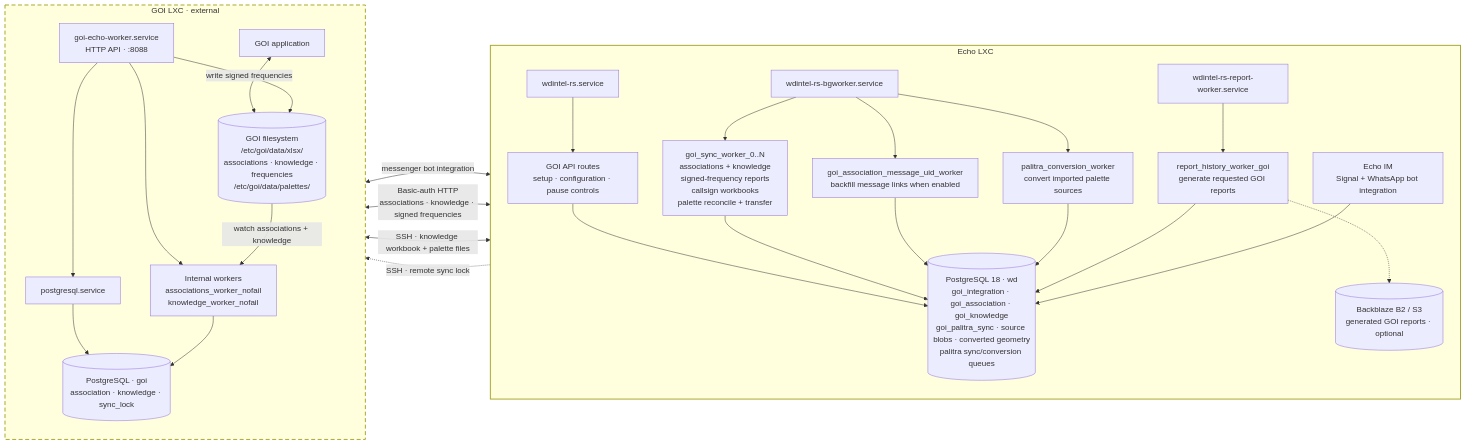
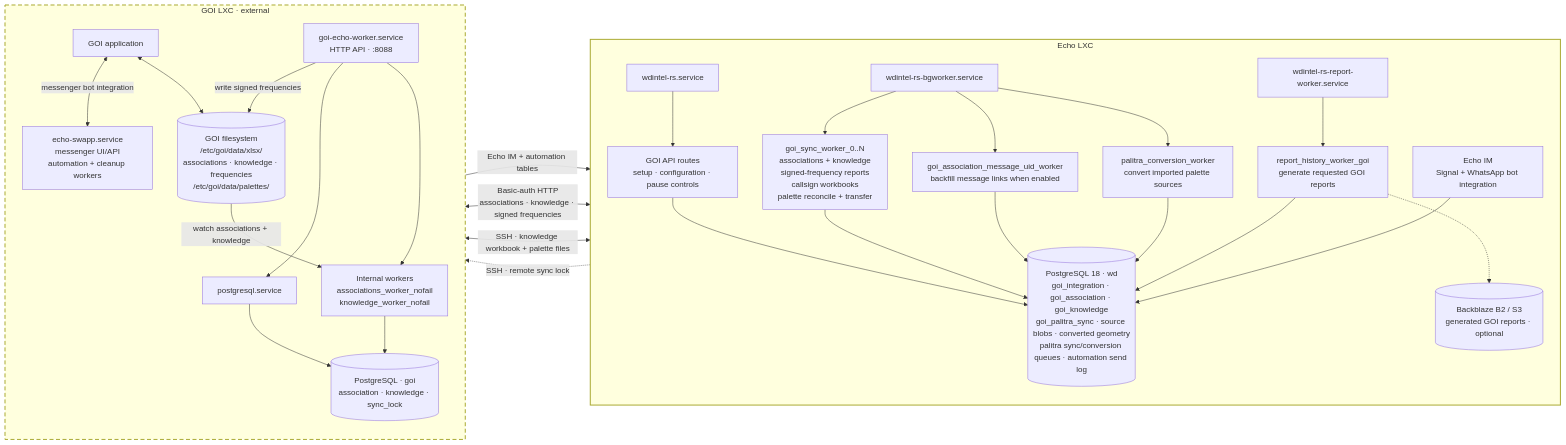
The fourth of 5 diagrams in docs/README.md (murczyk/echo), drawn with Mermaid before and after one commit. The commit also changed other lines of this file and 5 other files, not shown here.

````diff
--- a/docs/README.md
+++ b/docs/README.md
@@ -255,59 +255,61 @@
 ```mermaid
 flowchart LR
     subgraph echo_lxc["Echo LXC"]
         direction TB
         api["wdintel-rs.service"]
         bg["wdintel-rs-bgworker.service"]
         reports["wdintel-rs-report-worker.service"]
 
         routes["GOI API routes<br/>setup · configuration · pause controls"]
         sync["goi_sync_worker_0..N<br/>associations + knowledge<br/>signed-frequency reports<br/>callsign workbooks<br/>palette reconcile + transfer"]
         message_uid["goi_association_message_uid_worker<br/>backfill message links when enabled"]
         conversion["palitra_conversion_worker<br/>convert imported palette sources"]
         report["report_history_worker_goi<br/>generate requested GOI reports"]
         echo_im["Echo IM<br/>Signal + WhatsApp bot integration"]
 
-        echo_pg[("PostgreSQL 18 · wd<br/>goi_integration · goi_association · goi_knowledge<br/>goi_palitra_sync · source blobs · converted geometry<br/>palitra sync/conversion queues")]
+        echo_pg[("PostgreSQL 18 · wd<br/>goi_integration · goi_association · goi_knowledge<br/>goi_palitra_sync · source blobs · converted geometry<br/>palitra sync/conversion queues · automation send log")]
         report_store[("Backblaze B2 / S3<br/>generated GOI reports · optional")]
 
         api --> routes
         bg --> sync
         bg --> message_uid
         bg --> conversion
         reports --> report
 
         routes --> echo_pg
         sync --> echo_pg
         message_uid --> echo_pg
         conversion --> echo_pg
         report --> echo_pg
         report -.-> report_store
         echo_im --> echo_pg
     end
 
     subgraph goi_lxc["GOI LXC · external"]
         direction TB
         goi_app["GOI application"]
         goi_worker["goi-echo-worker.service<br/>HTTP API · :8088"]
         goi_watchers["Internal workers<br/>associations_worker_nofail<br/>knowledge_worker_nofail"]
+        echo_swapp["echo-swapp.service<br/>messenger UI/API<br/>automation + cleanup workers"]
         goi_postgres["postgresql.service"]
         goi_pg[("PostgreSQL · goi<br/>association · knowledge · sync_lock")]
         goi_files[("GOI filesystem<br/>/etc/goi/data/xlsx/<br/>associations · knowledge · frequencies<br/>/etc/goi/data/palettes/")]
 
         goi_app <--> goi_files
         goi_worker --> goi_watchers
         goi_worker --> goi_postgres
         goi_postgres --> goi_pg
         goi_watchers --> goi_pg
         goi_files -->|watch associations + knowledge| goi_watchers
         goi_worker -->|write signed frequencies| goi_files
     end
 
     sync <-->|Basic-auth HTTP<br/>associations · knowledge · signed frequencies| goi_worker
     sync <-->|SSH · knowledge workbook + palette files| goi_files
     sync -.->|SSH · remote sync lock| goi_pg
-    goi_app <-->|messenger bot integration| echo_im
+    goi_app <-->|messenger bot integration| echo_swapp
+    echo_swapp -->|Echo IM + automation tables| echo_pg
 
     style echo_lxc stroke-width:2px
     style goi_lxc stroke-width:2px,stroke-dasharray:8 5
 ```
````
